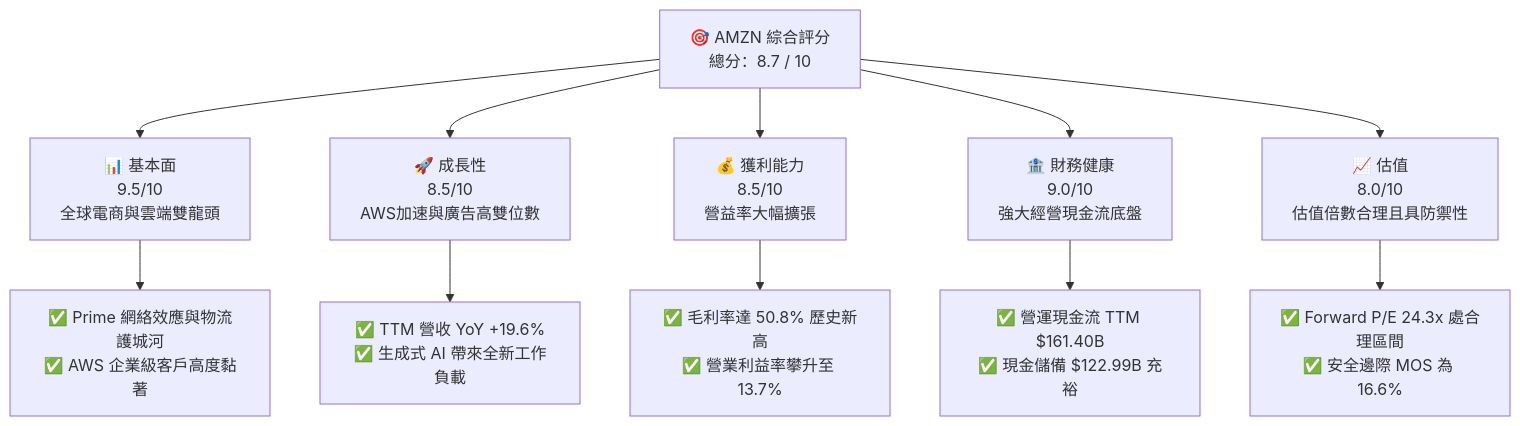
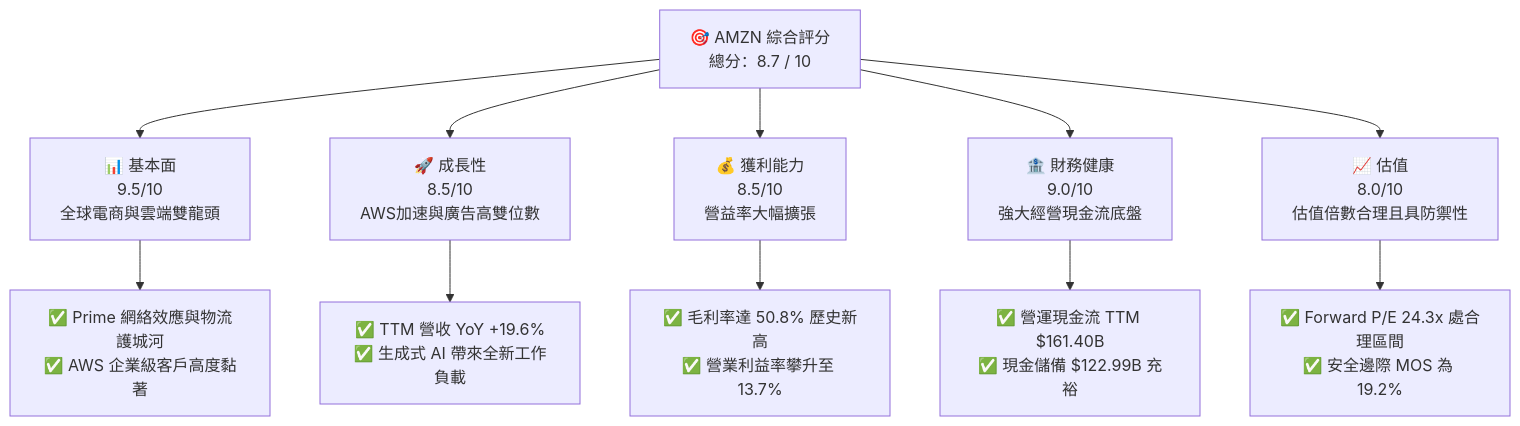
Before and after one commit to yennanliu/finance_data: the first of 15 diagrams in ai_gen_report/fundamental/amzn/fundamental_analysis_2026-10-14_gemini.md, drawn with Mermaid. The commit also changed other lines of this file and 339 other files, not shown here.

````diff
--- a/ai_gen_report/fundamental/amzn/fundamental_analysis_2026-10-14_gemini.md
+++ b/ai_gen_report/fundamental/amzn/fundamental_analysis_2026-10-14_gemini.md
@@ -58,22 +65,22 @@
 ```mermaid
 graph TD
     TICKER["🎯 AMZN 綜合評分<br/>總分：8.7 / 10"]
 
     F["📊 基本面<br/>9.5/10<br/>全球電商與雲端雙龍頭"]
     G["🚀 成長性<br/>8.5/10<br/>AWS加速與廣告高雙位數"]
     P["💰 獲利能力<br/>8.5/10<br/>營益率大幅擴張"]
     B["🏦 財務健康<br/>9.0/10<br/>強大經營現金流底盤"]
     V["📈 估值<br/>8.0/10<br/>估值倍數合理且具防禦性"]
 
     TICKER --> F
     TICKER --> G
     TICKER --> P
     TICKER --> B
     TICKER --> V
 
     F --> F1["✅ Prime 網絡效應與物流護城河<br/>✅ AWS 企業級客戶高度黏著"]
     G --> G1["✅ TTM 營收 YoY +19.6%<br/>✅ 生成式 AI 帶來全新工作負載"]
     P --> P1["✅ 毛利率達 50.8% 歷史新高<br/>✅ 營業利益率攀升至 13.7%"]
     B --> B1["✅ 營運現金流 TTM $161.40B<br/>✅ 現金儲備 $122.99B 充裕"]
-    V --> V1["✅ Forward P/E 24.3x 處合理區間<br/>✅ 安全邊際 MOS 為 16.6%"]
+    V --> V1["✅ Forward P/E 24.3x 處合理區間<br/>✅ 安全邊際 MOS 為 19.2%"]
 ```
````
